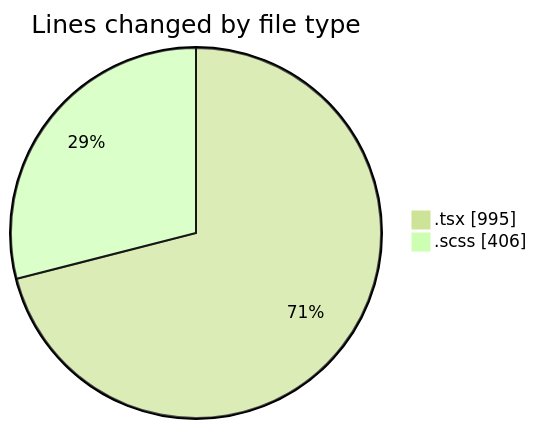
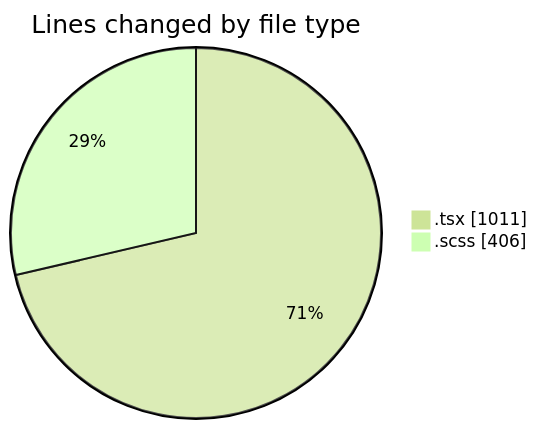
The first of 2 diagrams in 2025-04-10/cda/README.md (momahboobian/code-tracking), drawn with Mermaid (forest theme) before and after one commit. The commit also changed other lines of this file and 1 other file, not shown here.

````diff
--- a/2025-04-10/cda/README.md
+++ b/2025-04-10/cda/README.md
@@ -23,6 +23,6 @@
 ```mermaid
 pie showData
 title Lines changed by file type
-".tsx" : 995
+".tsx" : 1011
 ".scss" : 406
 ```
````
